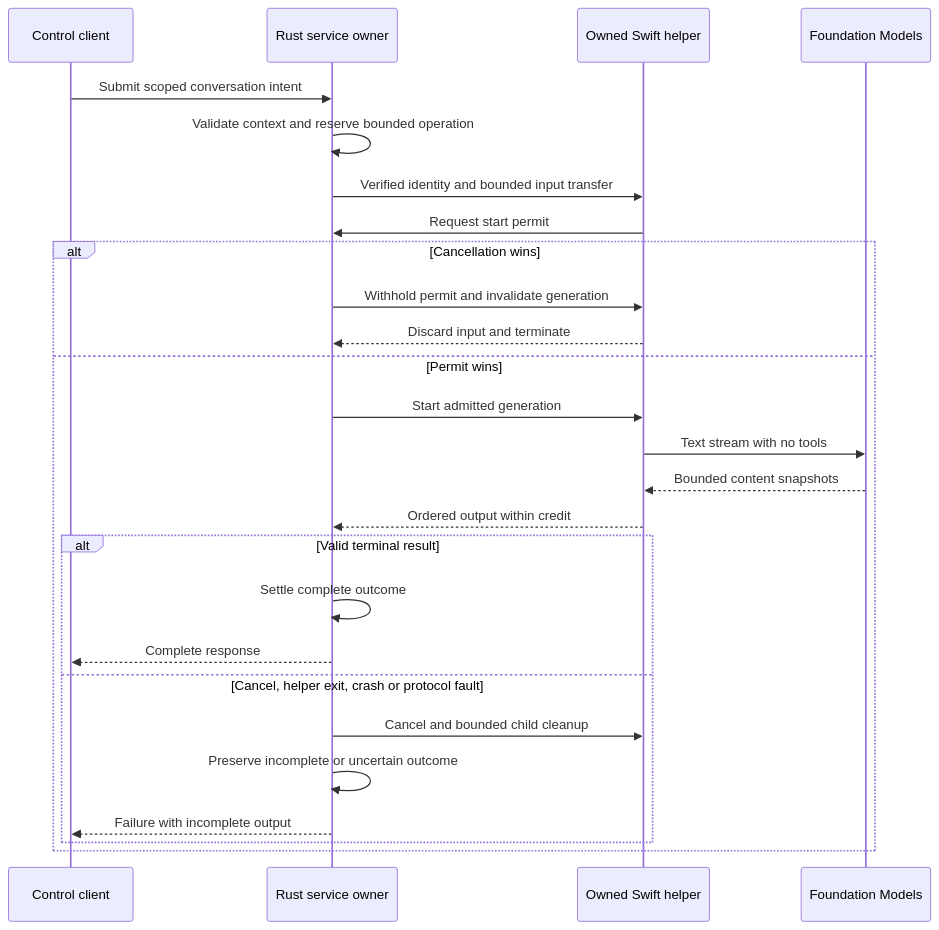
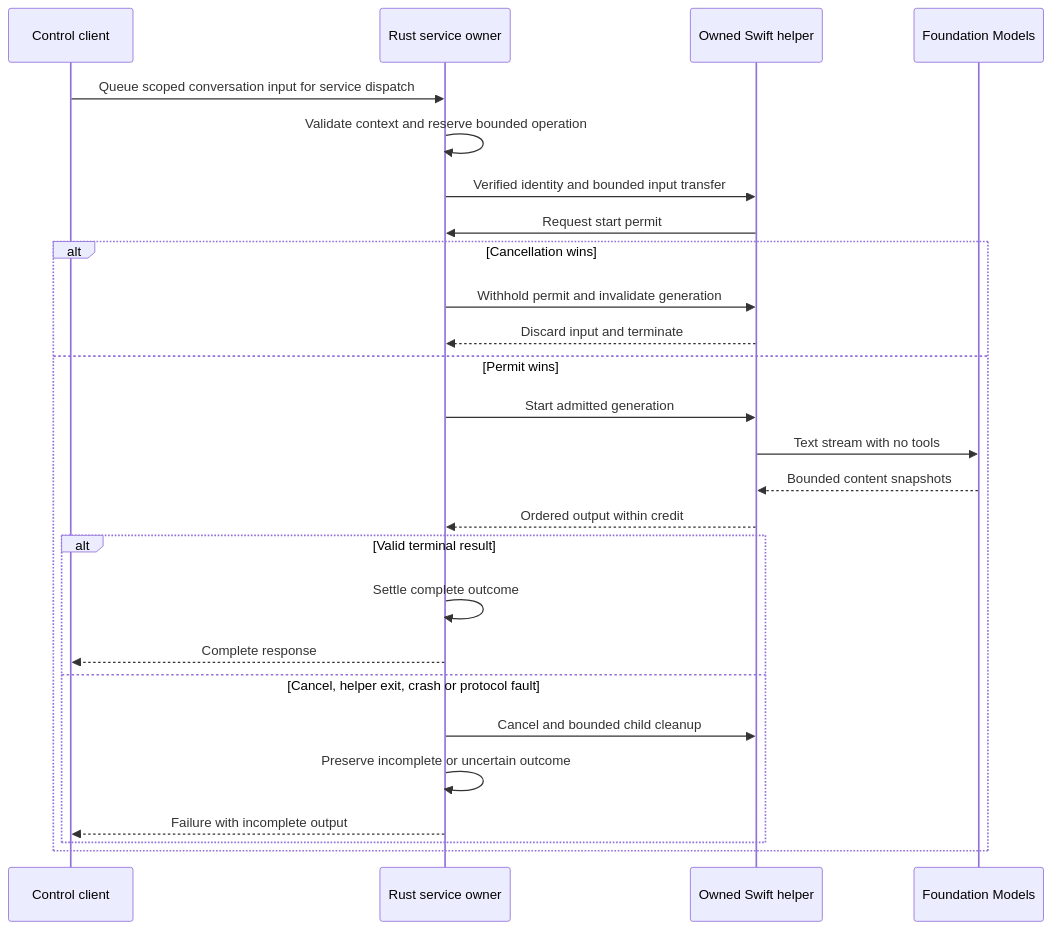
Before and after one commit to pidster/asura: the fourth of 4 diagrams in docs/designs/platform-capabilities.md, drawn with Mermaid. The commit also changed other lines of this file and 107 other files, not shown here.

````diff
--- a/docs/designs/platform-capabilities.md
+++ b/docs/designs/platform-capabilities.md
@@ -311,28 +311,28 @@
 ```mermaid
 sequenceDiagram
     participant C as Control client
     participant R as Rust service owner
     participant H as Owned Swift helper
     participant M as Foundation Models
-    C->>R: Submit scoped conversation intent
+    C->>R: Queue scoped conversation input for service dispatch
     R->>R: Validate context and reserve bounded operation
     R->>H: Verified identity and bounded input transfer
     H->>R: Request start permit
     alt Cancellation wins
         R->>H: Withhold permit and invalidate generation
         H-->>R: Discard input and terminate
     else Permit wins
         R->>H: Start admitted generation
         H->>M: Text stream with no tools
         M-->>H: Bounded content snapshots
         H-->>R: Ordered output within credit
         alt Valid terminal result
             R->>R: Settle complete outcome
             R-->>C: Complete response
         else Cancel, helper exit, crash or protocol fault
             R->>H: Cancel and bounded child cleanup
             R->>R: Preserve incomplete or uncertain outcome
             R-->>C: Failure with incomplete output
         end
     end
 ```
````
